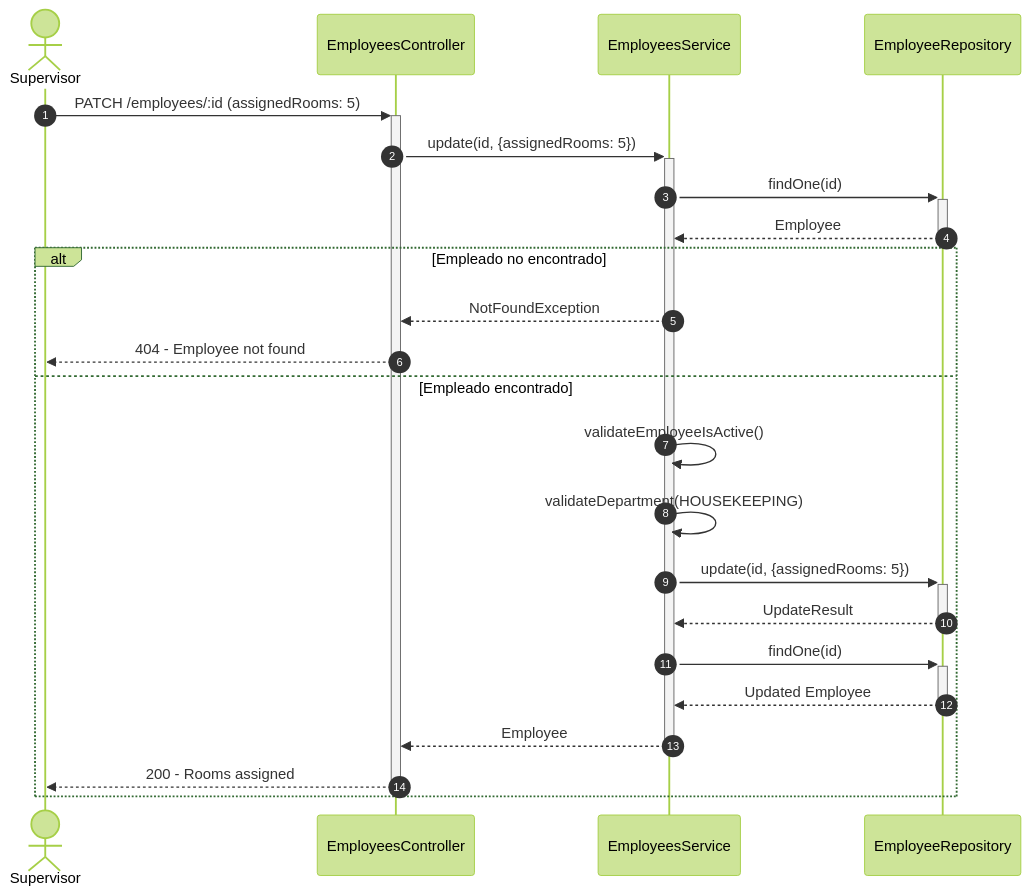
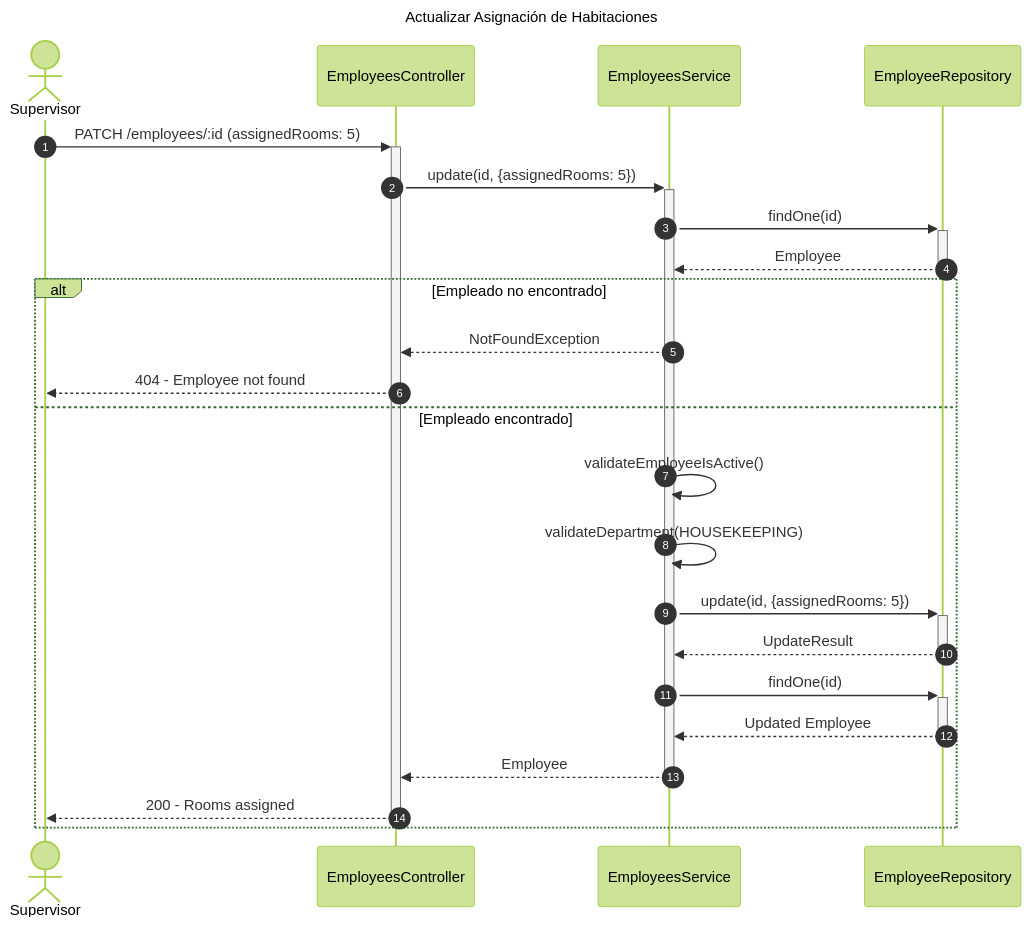
The sixth of 7 diagrams in diagrams/sequence/employees-sequence-diagram.md (Nick220505/hotelier-backend), drawn with Mermaid (forest theme) before and after one commit. The commit also changed other lines of this file and 5 other files, not shown here.

Commit message:
Add titles to sequence diagrams for Billing, Employees, Inventory, Reservations, Restaurant, and Users modules

````diff
--- a/diagrams/sequence/employees-sequence-diagram.md
+++ b/diagrams/sequence/employees-sequence-diagram.md
@@ -137,31 +152,34 @@
 ```mermaid
+---
+title: Actualizar Asignación de Habitaciones
+---
 sequenceDiagram
     autonumber
     actor Supervisor
     participant Controller as EmployeesController
     participant Service as EmployeesService
     participant EmployeeRepo as EmployeeRepository
 
     Supervisor->>+Controller: PATCH /employees/:id (assignedRooms: 5)
     Controller->>+Service: update(id, {assignedRooms: 5})
     
     Service->>+EmployeeRepo: findOne(id)
     EmployeeRepo-->>-Service: Employee
     
     alt Empleado no encontrado
         Service-->>Controller: NotFoundException
         Controller-->>Supervisor: 404 - Employee not found
     else Empleado encontrado
         Service->>Service: validateEmployeeIsActive()
         Service->>Service: validateDepartment(HOUSEKEEPING)
         
         Service->>+EmployeeRepo: update(id, {assignedRooms: 5})
         EmployeeRepo-->>-Service: UpdateResult
         
         Service->>+EmployeeRepo: findOne(id)
         EmployeeRepo-->>-Service: Updated Employee
         
         Service-->>-Controller: Employee
         Controller-->>-Supervisor: 200 - Rooms assigned
     end
 ```
````
